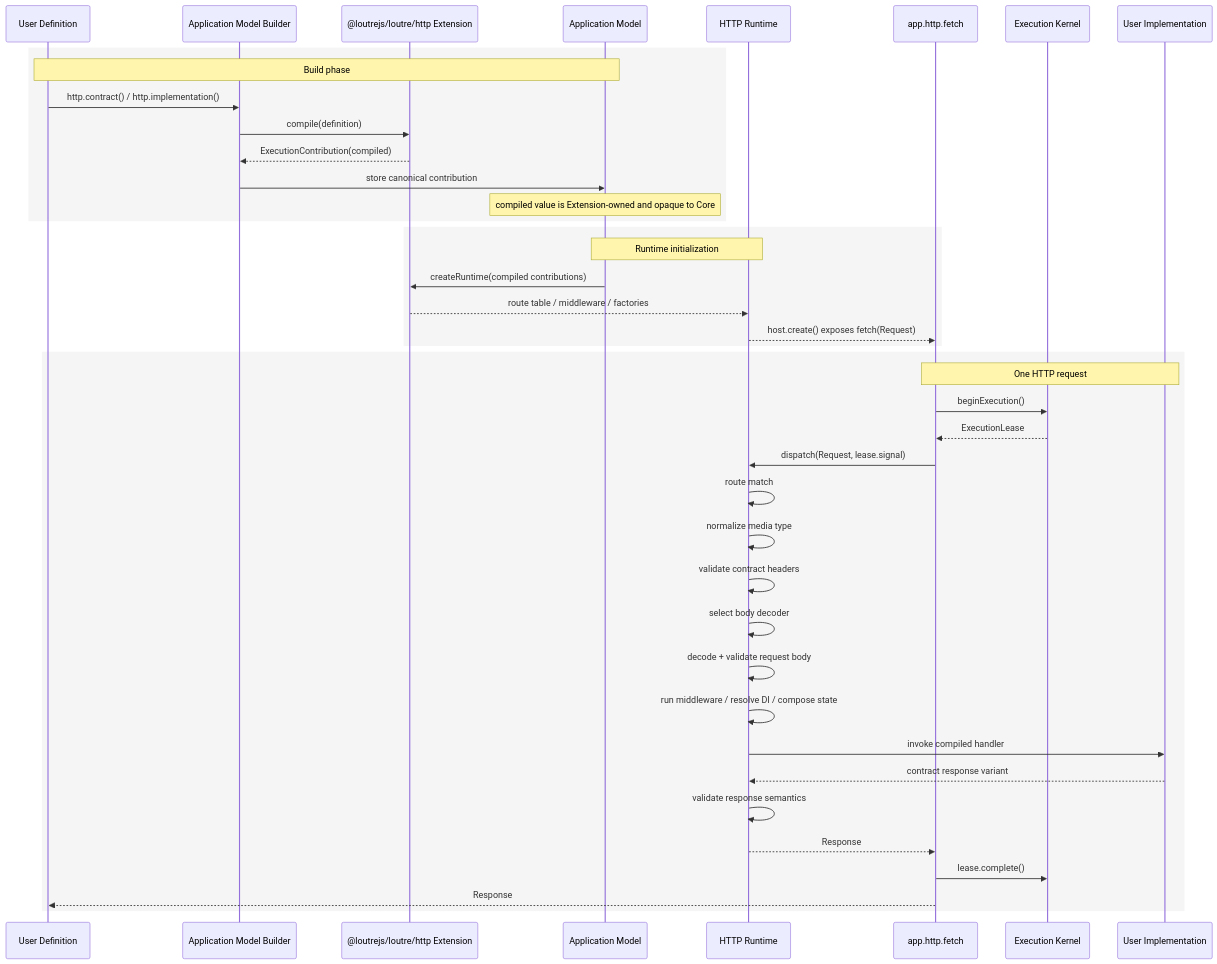
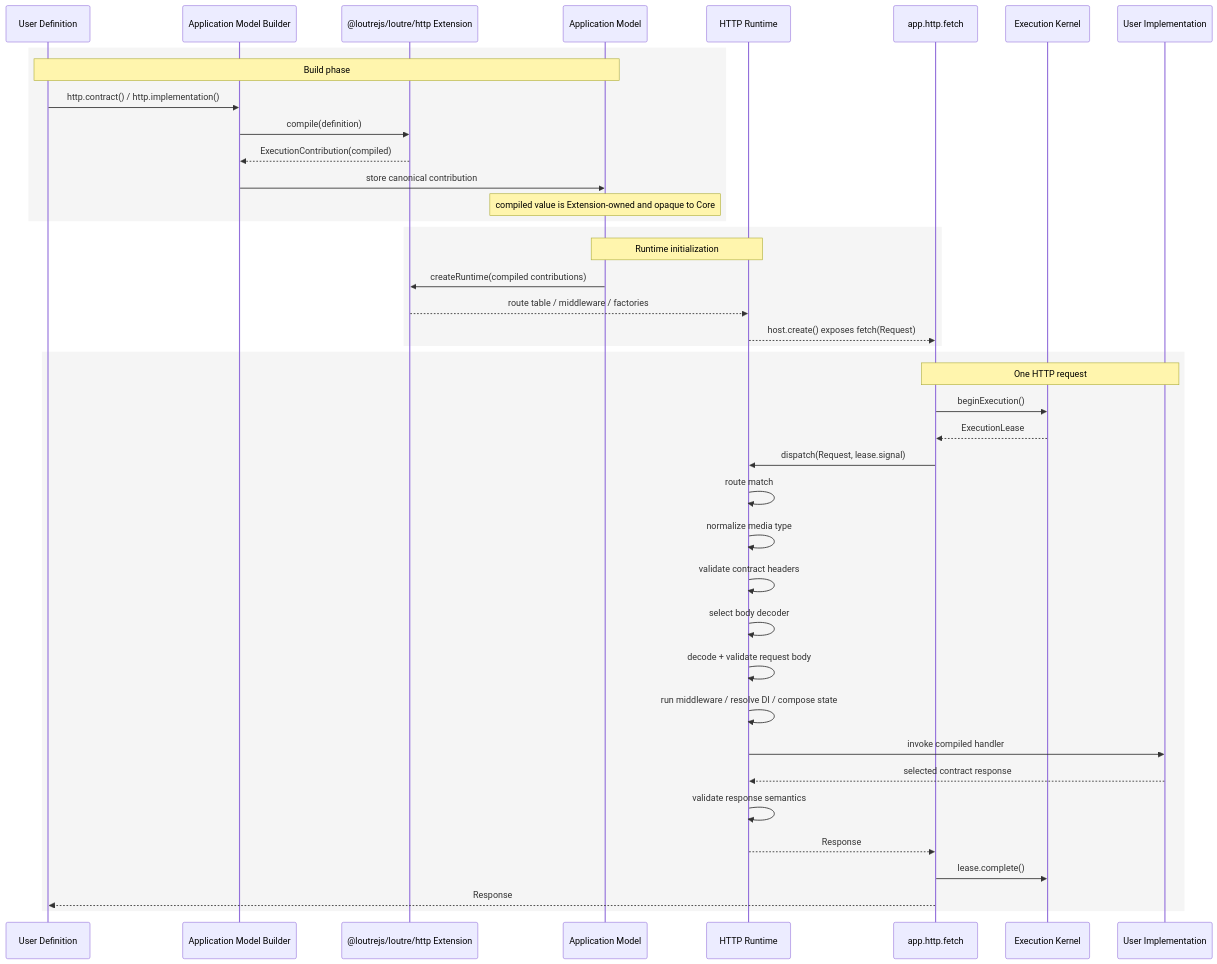
Before and after one commit to come25136/loutrejs: the diagram in docs/adr/loutre_application_graph_kernel_architecture.md, drawn with Mermaid. The commit also changed other lines of this file and 6 other files, not shown here.

````diff
--- a/docs/adr/loutre_application_graph_kernel_architecture.md
+++ b/docs/adr/loutre_application_graph_kernel_architecture.md
@@ -265,46 +267,46 @@
 ```mermaid
 sequenceDiagram
     participant User as User Definition
     participant Builder as Application Model Builder
     participant HttpExt as @loutrejs/loutre/http Extension
     participant Model as Application Model
     participant HttpRuntime as HTTP Runtime
     participant Host as app.http.fetch
     participant Kernel as Execution Kernel
     participant Impl as User Implementation
 
     rect rgb(245, 245, 245)
         Note over User,Model: Build phase
         User->>Builder: http.contract() / http.implementation()
         Builder->>HttpExt: compile(definition)
         HttpExt-->>Builder: ExecutionContribution(compiled)
         Builder->>Model: store canonical contribution
         Note over Model: compiled value is Extension-owned and opaque to Core
     end
 
     rect rgb(245, 245, 245)
         Note over Model,HttpRuntime: Runtime initialization
         Model->>HttpExt: createRuntime(compiled contributions)
         HttpExt-->>HttpRuntime: route table / middleware / factories
         HttpRuntime-->>Host: host.create() exposes fetch(Request)
     end
 
     rect rgb(245, 245, 245)
         Note over Host,Impl: One HTTP request
         Host->>Kernel: beginExecution()
         Kernel-->>Host: ExecutionLease
         Host->>HttpRuntime: dispatch(Request, lease.signal)
         HttpRuntime->>HttpRuntime: route match
         HttpRuntime->>HttpRuntime: normalize media type
         HttpRuntime->>HttpRuntime: validate contract headers
         HttpRuntime->>HttpRuntime: select body decoder
         HttpRuntime->>HttpRuntime: decode + validate request body
         HttpRuntime->>HttpRuntime: run middleware / resolve DI / compose state
         HttpRuntime->>Impl: invoke compiled handler
-        Impl-->>HttpRuntime: contract response variant
+        Impl-->>HttpRuntime: selected contract response
         HttpRuntime->>HttpRuntime: validate response semantics
         HttpRuntime-->>Host: Response
         Host->>Kernel: lease.complete()
         Host-->>User: Response
     end
 ```
````
